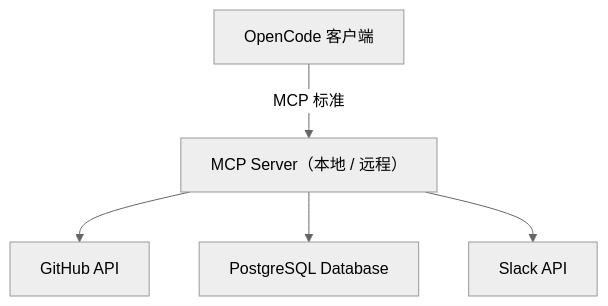
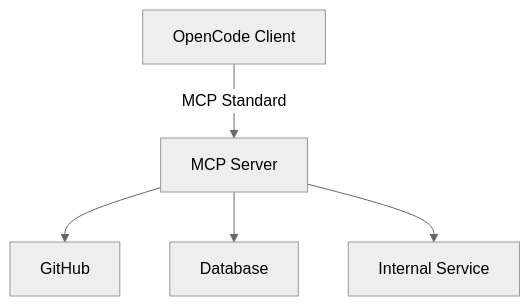
The diagram in 06-integrations-and-mcp/README.zh-CN.md (VanGoghBuilder/opencode-harness-guide), drawn with Mermaid (neutral theme) before and after one commit. The commit also changed other lines of this file and 19 other files, not shown here.

````diff
--- a/06-integrations-and-mcp/README.zh-CN.md
+++ b/06-integrations-and-mcp/README.zh-CN.md
@@ -36,7 +55,7 @@
 ```mermaid
 graph TD
-    A["OpenCode 客户端"] -->|MCP 标准| B["MCP Server（本地 / 远程）"]
-    B --> C["GitHub API"]
-    B --> D["PostgreSQL Database"]
-    B --> E["Slack API"]
+    A["OpenCode Client"] -->|MCP Standard| B["MCP Server"]
+    B --> C["GitHub"]
+    B --> D["Database"]
+    B --> E["Internal Service"]
 ```
````
